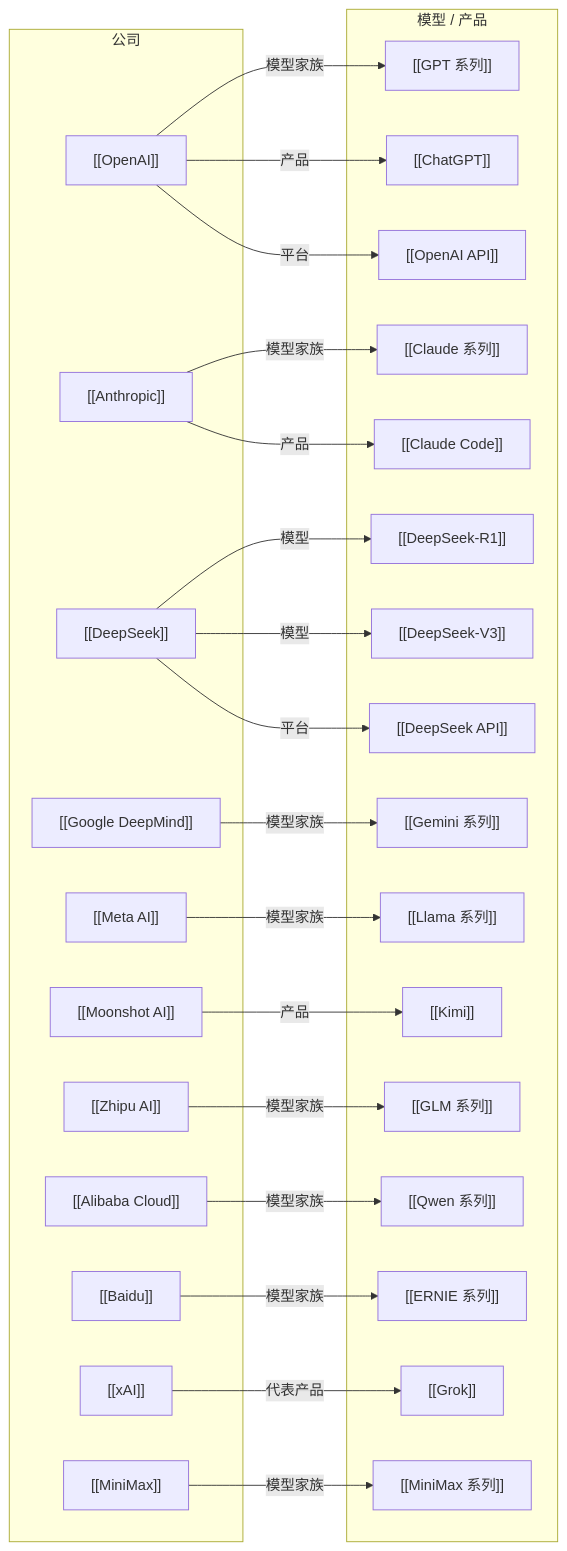
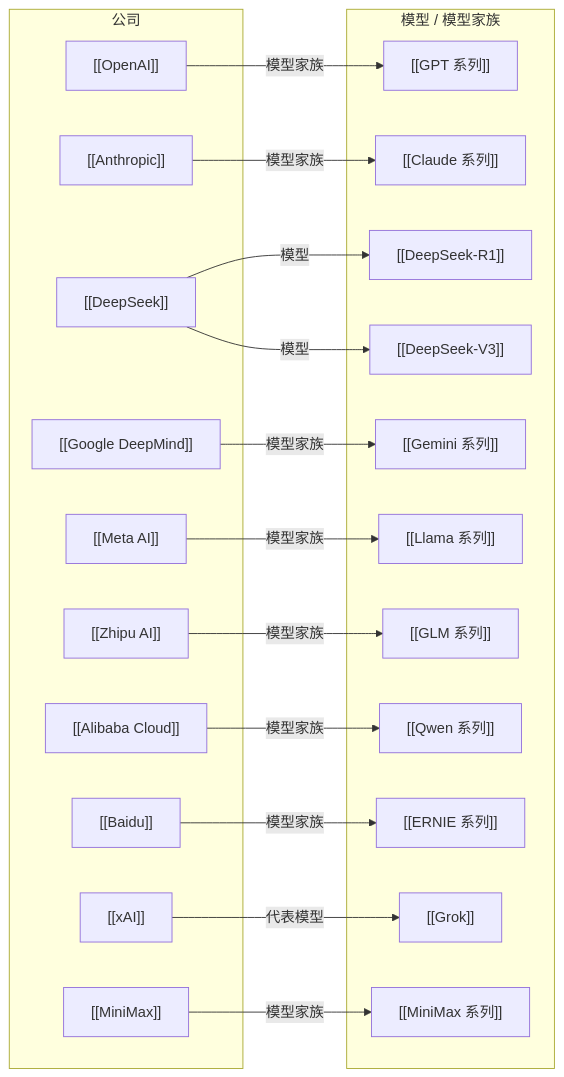
One commit to superliyang/tony-2026 changed the diagram in 01-Areas/AI-Learning/07-Maps/AI Company-Models Map.md. Above: the diagram before and after it, drawn with Mermaid. The commit also changed other lines of this file and 25 other files, not shown here.

````diff
--- a/01-Areas/AI-Learning/07-Maps/AI Company-Models Map.md
+++ b/01-Areas/AI-Learning/07-Maps/AI Company-Models Map.md
@@ -15,54 +15,43 @@
 ```mermaid
 graph LR
     subgraph companies["公司"]
         openai["[[OpenAI]]"]
         anthropic["[[Anthropic]]"]
         deepseek["[[DeepSeek]]"]
         gdm["[[Google DeepMind]]"]
         meta["[[Meta AI]]"]
-        moonshot["[[Moonshot AI]]"]
         zhipu["[[Zhipu AI]]"]
         alibaba["[[Alibaba Cloud]]"]
         baidu["[[Baidu]]"]
         minimax["[[MiniMax]]"]
         xai["[[xAI]]"]
     end
 
-    subgraph models["模型 / 产品"]
+    subgraph models["模型 / 模型家族"]
         gpt["[[GPT 系列]]"]
-        chatgpt["[[ChatGPT]]"]
-        openaiapi["[[OpenAI API]]"]
         claude["[[Claude 系列]]"]
-        claudecode["[[Claude Code]]"]
         r1["[[DeepSeek-R1]]"]
         dsv3["[[DeepSeek-V3]]"]
-        dsapi["[[DeepSeek API]]"]
         gemini["[[Gemini 系列]]"]
         llama["[[Llama 系列]]"]
-        kimi["[[Kimi]]"]
         glm["[[GLM 系列]]"]
         qwen["[[Qwen 系列]]"]
         ernie["[[ERNIE 系列]]"]
         grok["[[Grok]]"]
         minimaxm["[[MiniMax 系列]]"]
     end
 
     openai -->|模型家族| gpt
-    openai -->|产品| chatgpt
-    openai -->|平台| openaiapi
 
     anthropic -->|模型家族| claude
-    anthropic -->|产品| claudecode
 
     deepseek -->|模型| r1
     deepseek -->|模型| dsv3
-    deepseek -->|平台| dsapi
     gdm -->|模型家族| gemini
     meta -->|模型家族| llama
-    moonshot -->|产品| kimi
     zhipu -->|模型家族| glm
     alibaba -->|模型家族| qwen
     baidu -->|模型家族| ernie
-    xai -->|代表产品| grok
+    xai -->|代表模型| grok
     minimax -->|模型家族| minimaxm
 ```
````
